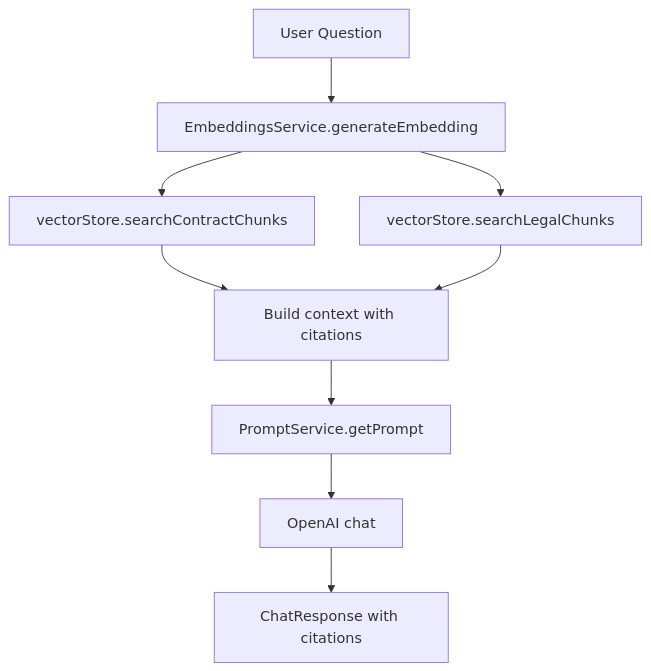
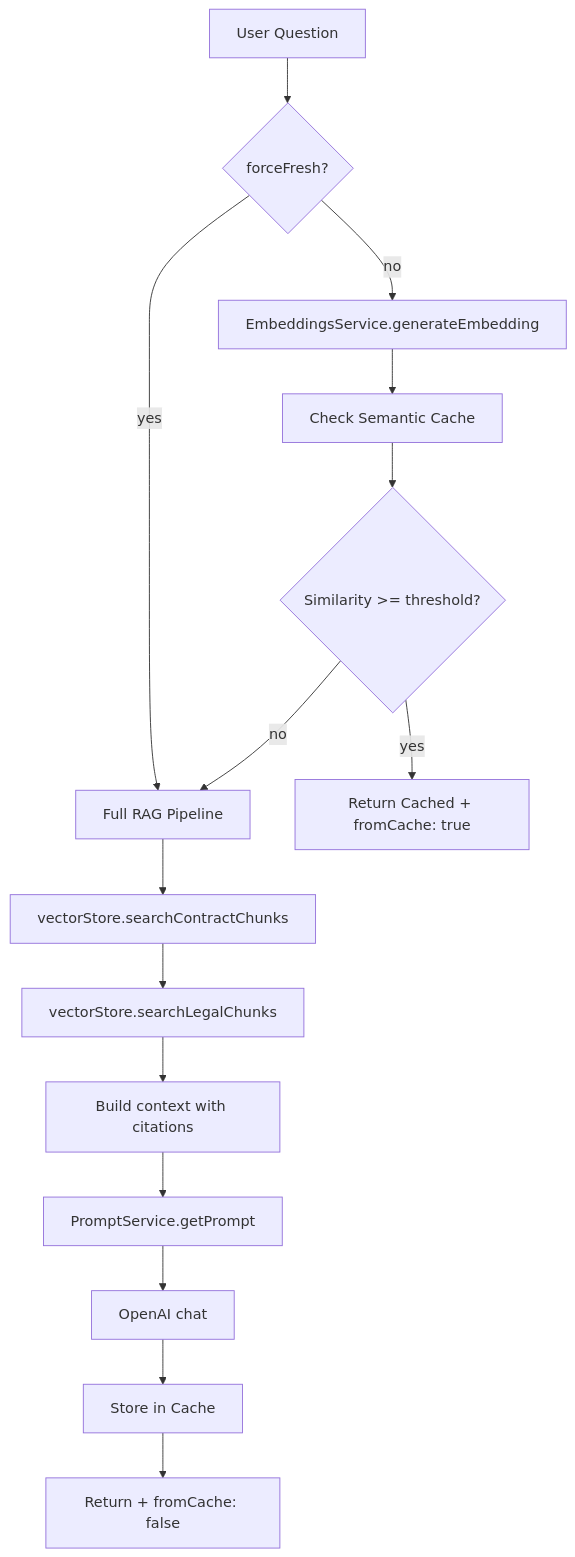
One commit to Yuri-Lima/contractor-reviewer changed the second of 2 diagrams in docs/architecture/rag-pipeline.md. Above: the diagram before and after it, drawn with Mermaid. The commit also changed other lines of this file and 38 other files, not shown here.

First line of the commit message:
feat: RAG cache, account preferences, Redis queue refactor

````diff
--- a/docs/architecture/rag-pipeline.md
+++ b/docs/architecture/rag-pipeline.md
@@ -38,11 +38,17 @@
 ```mermaid
 flowchart TD
-    Question[User Question] --> Embed[EmbeddingsService.generateEmbedding]
-    Embed --> SearchContract[vectorStore.searchContractChunks]
-    Embed --> SearchLegal[vectorStore.searchLegalChunks]
-    SearchContract --> BuildContext[Build context with citations]
-    SearchLegal --> BuildContext
+    Question[User Question] --> ForceFresh{forceFresh?}
+    ForceFresh -->|yes| FullRAG[Full RAG Pipeline]
+    ForceFresh -->|no| Embed[EmbeddingsService.generateEmbedding]
+    Embed --> CheckCache[Check Semantic Cache]
+    CheckCache --> Similarity{Similarity >= threshold?}
+    Similarity -->|yes| ReturnCached[Return Cached + fromCache: true]
+    Similarity -->|no| FullRAG
+    FullRAG --> SearchContract[vectorStore.searchContractChunks]
+    SearchContract --> SearchLegal[vectorStore.searchLegalChunks]
+    SearchLegal --> BuildContext[Build context with citations]
     BuildContext --> PromptService[PromptService.getPrompt]
     PromptService --> OpenAI[OpenAI chat]
-    OpenAI --> Response[ChatResponse with citations]
+    OpenAI --> StoreCache[Store in Cache]
+    StoreCache --> ReturnFresh[Return + fromCache: false]
 ```
````
